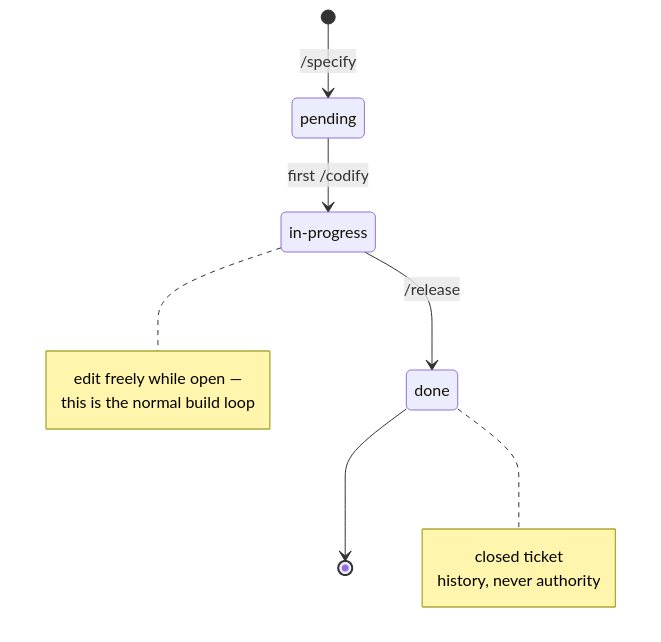
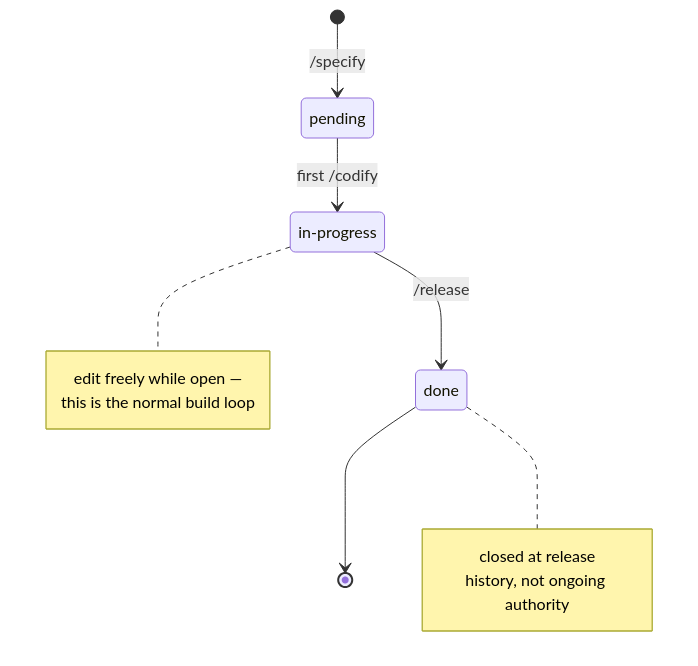
The sixth of 7 diagrams in docs/AIDD.diagrams.md (AIDDbot/AIDDbot), drawn with Mermaid before and after one commit. The commit also changed other lines of this file and 16 other files, not shown here.

````diff
--- a/docs/AIDD.diagrams.md
+++ b/docs/AIDD.diagrams.md
@@ -140,20 +139,20 @@
 ```mermaid
 stateDiagram-v2
   state "pending" as p
   state "in-progress" as ip
   state "done" as d
 
   [*] --> p: /specify
   p --> ip: first /codify
   ip --> d: /release
   d --> [*]
 
   note right of ip
     edit freely while open —
     this is the normal build loop
   end note
   note right of d
-    closed ticket
-    history, never authority
+    closed at release
+    history, not ongoing authority
   end note
 ```
````
